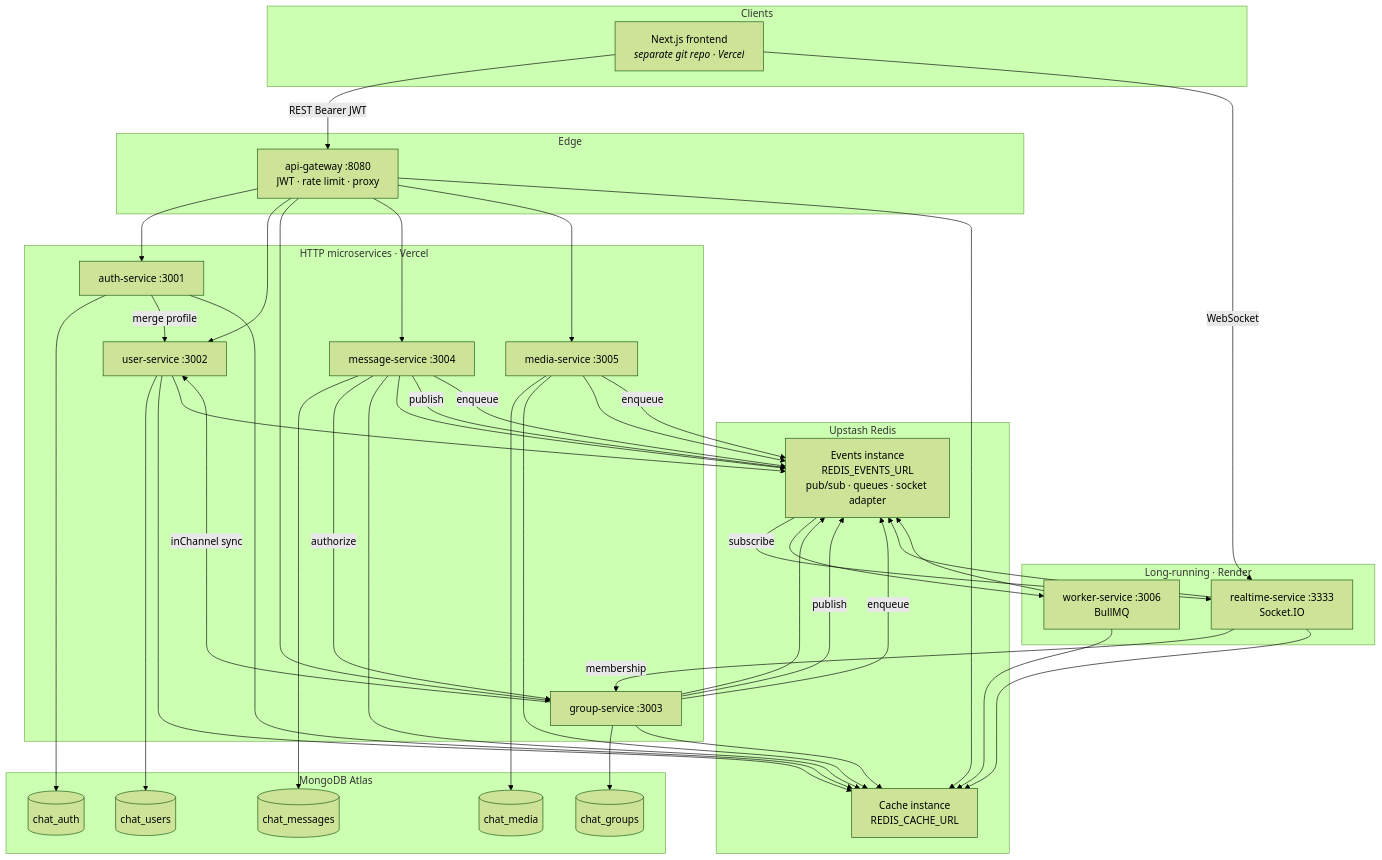
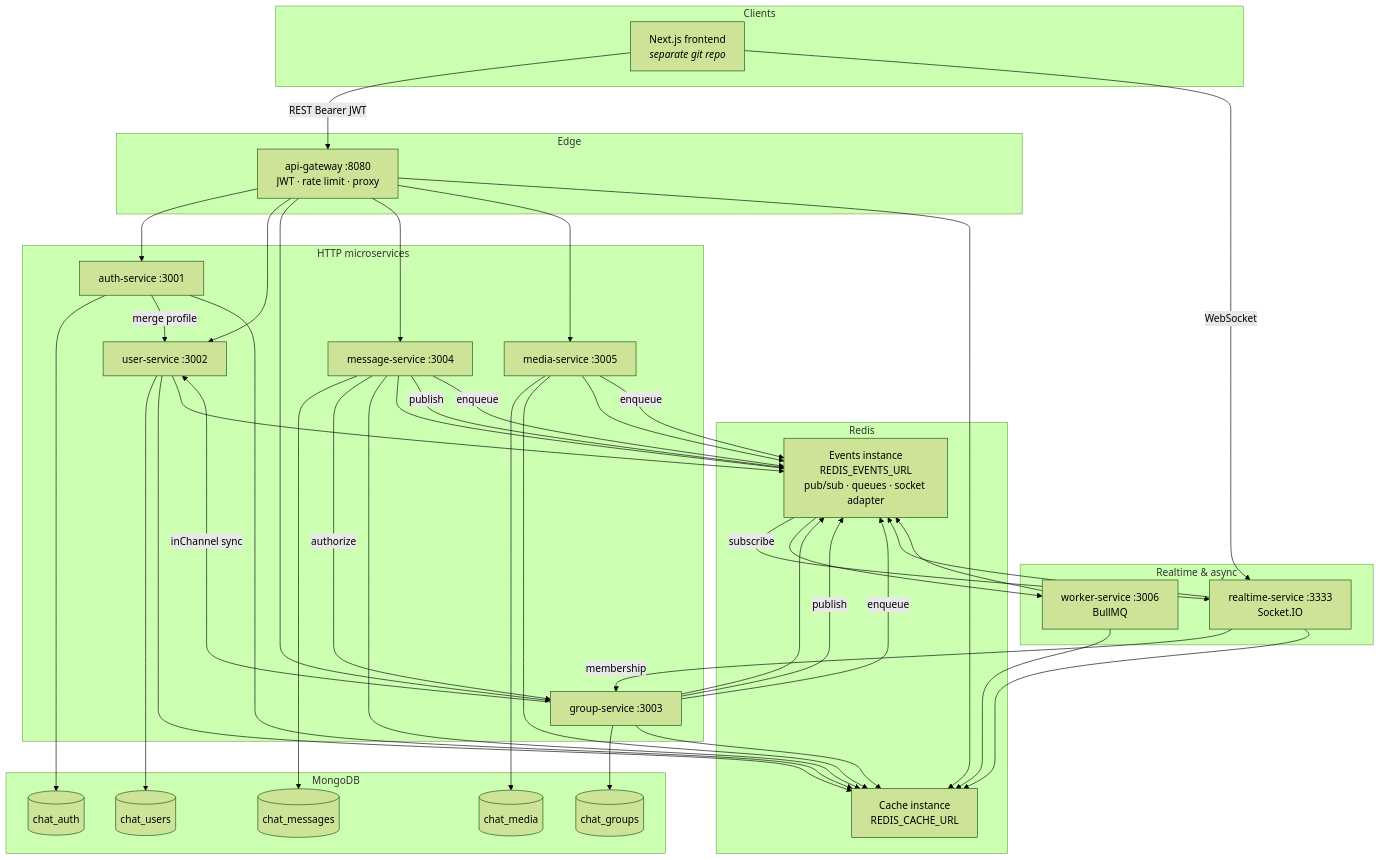
One commit to thejas-dev/chat-siris-v2-module changed the first of 3 diagrams in README.md. Above: the diagram before and after it, drawn with Mermaid (forest theme). The commit also changed other lines of this file, not shown here.

````diff
--- a/README.md
+++ b/README.md
@@ -34,60 +34,60 @@
 ```mermaid
 flowchart TB
   subgraph Clients["Clients"]
-    FE["Next.js frontend<br/><i>separate git repo · Vercel</i>"]
+    FE["Next.js frontend<br/><i>separate git repo</i>"]
   end
 
   subgraph Edge["Edge"]
     GW["api-gateway :8080<br/>JWT · rate limit · proxy"]
   end
 
-  subgraph HTTP["HTTP microservices · Vercel"]
+  subgraph HTTP["HTTP microservices"]
     AUTH["auth-service :3001"]
     USER["user-service :3002"]
     GROUP["group-service :3003"]
     MSG["message-service :3004"]
     MEDIA["media-service :3005"]
   end
 
-  subgraph LongRunning["Long-running · Render"]
+  subgraph LongRunning["Realtime & async"]
     RT["realtime-service :3333<br/>Socket.IO"]
     WRK["worker-service :3006<br/>BullMQ"]
   end
 
-  subgraph Redis["Upstash Redis"]
+  subgraph Redis["Redis"]
     RC["Cache instance<br/>REDIS_CACHE_URL"]
     RE["Events instance<br/>REDIS_EVENTS_URL<br/>pub/sub · queues · socket adapter"]
   end
 
-  subgraph Mongo["MongoDB Atlas"]
+  subgraph Mongo["MongoDB"]
     M1[(chat_auth)]
     M2[(chat_users)]
     M3[(chat_groups)]
     M4[(chat_messages)]
     M5[(chat_media)]
   end
 
   FE -->|REST Bearer JWT| GW
   FE -->|WebSocket| RT
 
   GW --> AUTH & USER & GROUP & MSG & MEDIA
 
   AUTH --> M1
   USER --> M2
   GROUP --> M3
   MSG --> M4
   MEDIA --> M5
 
   AUTH -->|merge profile| USER
   MSG -->|authorize| GROUP
   RT -->|membership| GROUP
   GROUP -->|inChannel sync| USER
 
   GW & AUTH & USER & GROUP & MSG & MEDIA & RT & WRK --> RC
   USER & GROUP & MSG & MEDIA & RT & WRK --> RE
 
   MSG & GROUP -->|publish| RE
   RE -->|subscribe| RT
   MSG & MEDIA & GROUP -->|enqueue| RE
   RE --> WRK
 ```
````
